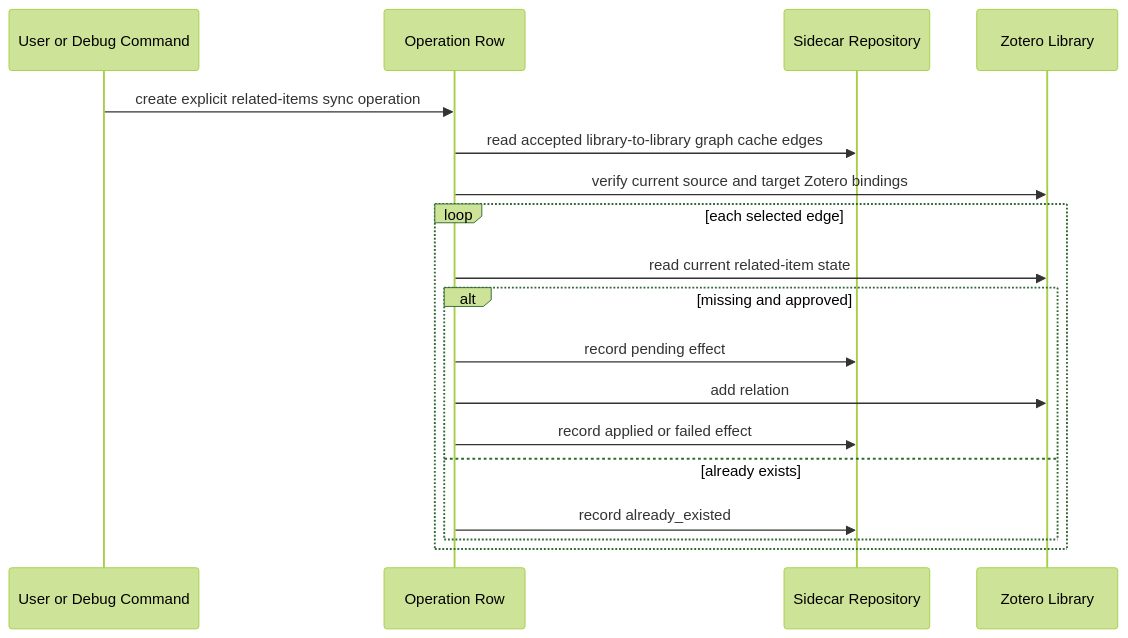
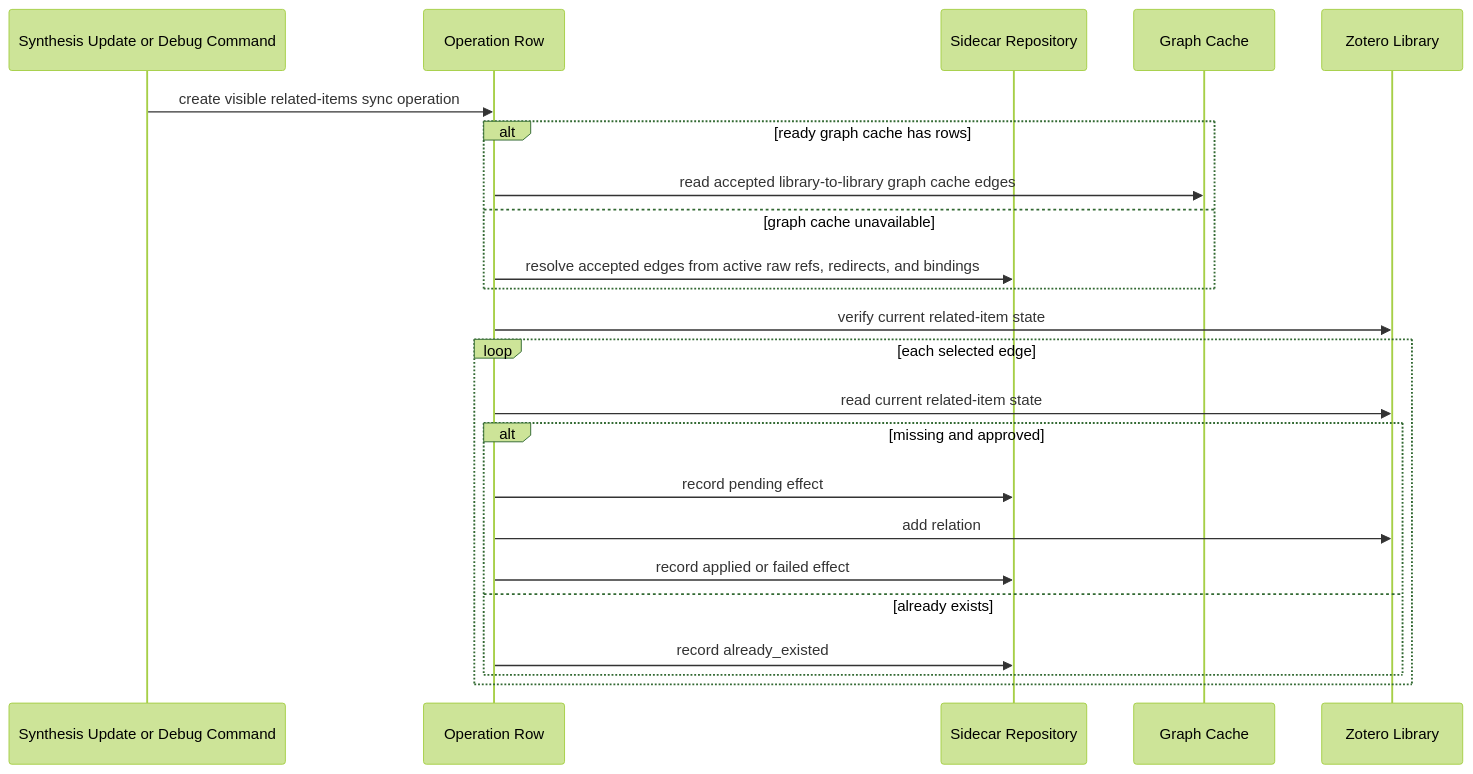
Before and after one commit to leike0813/zotero-agents: the seventh of 8 diagrams in doc/synthesis-layer/sequences.md, drawn with Mermaid (forest theme). The commit also changed other lines of this file and 295 other files, not shown here.

````diff
--- a/doc/synthesis-layer/sequences.md
+++ b/doc/synthesis-layer/sequences.md
@@ -195,21 +195,26 @@
 ```mermaid
 sequenceDiagram
-  participant U as User or Debug Command
+  participant U as Synthesis Update or Debug Command
   participant O as Operation Row
   participant S as Sidecar Repository
+  participant G as Graph Cache
   participant Z as Zotero Library
 
-  U->>O: create explicit related-items sync operation
-  O->>S: read accepted library-to-library graph cache edges
-  O->>Z: verify current source and target Zotero bindings
+  U->>O: create visible related-items sync operation
+  alt ready graph cache has rows
+    O->>G: read accepted library-to-library graph cache edges
+  else graph cache unavailable
+    O->>S: resolve accepted edges from active raw refs, redirects, and bindings
+  end
+  O->>Z: verify current related-item state
   loop each selected edge
     O->>Z: read current related-item state
     alt missing and approved
       O->>S: record pending effect
       O->>Z: add relation
       O->>S: record applied or failed effect
     else already exists
       O->>S: record already_existed
     end
   end
 ```
````
